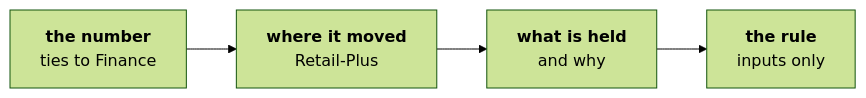
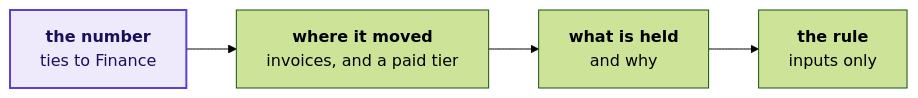
One commit to fde-academy-lab/c2-content-factory changed diagram 11 of 12 in content/W02/D5/slides/C2_W02_D05_half2_STUDENT.md. Above: the diagram before and after it, drawn with Mermaid (forest theme). The commit also changed other lines of this file and 5 other files, not shown here.

````diff
--- a/content/W02/D5/slides/C2_W02_D05_half2_STUDENT.md
+++ b/content/W02/D5/slides/C2_W02_D05_half2_STUDENT.md
@@ -326,4 +617,8 @@
 ```mermaid
 flowchart LR
-    A["<b>the number</b><br/>ties to Finance"] --> B["<b>where it moved</b><br/>Retail-Plus"] --> C["<b>what is held</b><br/>and why"] --> D["<b>the rule</b><br/>inputs only"]
+    A["<b>the number</b><br/>ties to Finance"] --> B["<b>where it moved</b><br/>invoices, and a paid tier"]
+    B --> C["<b>what is held</b><br/>and why"]
+    C --> D["<b>the rule</b><br/>inputs only"]
+    classDef known fill:#EEEAFB,stroke:#5B3FD6,color:#1A0F5C,stroke-width:2px
+    class A known
 ```
````
